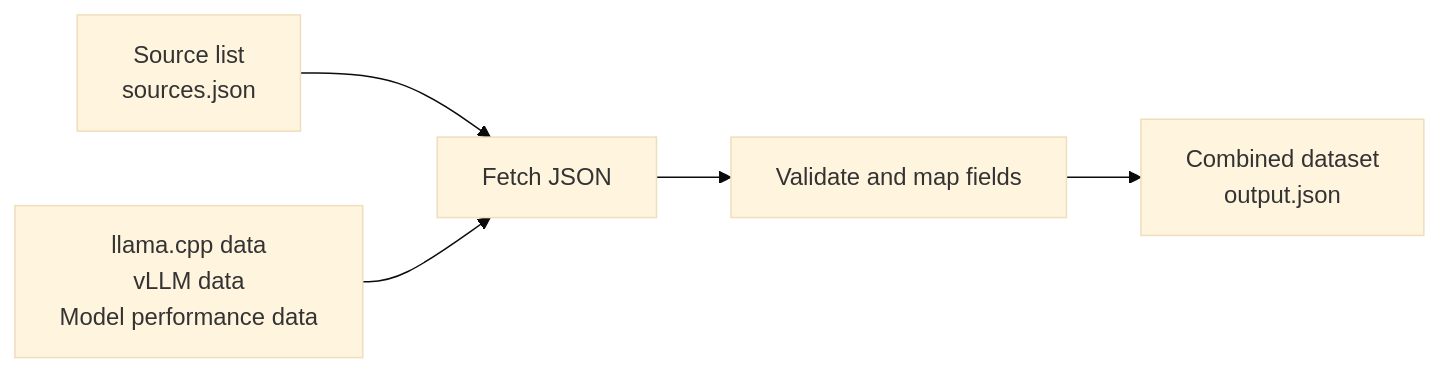
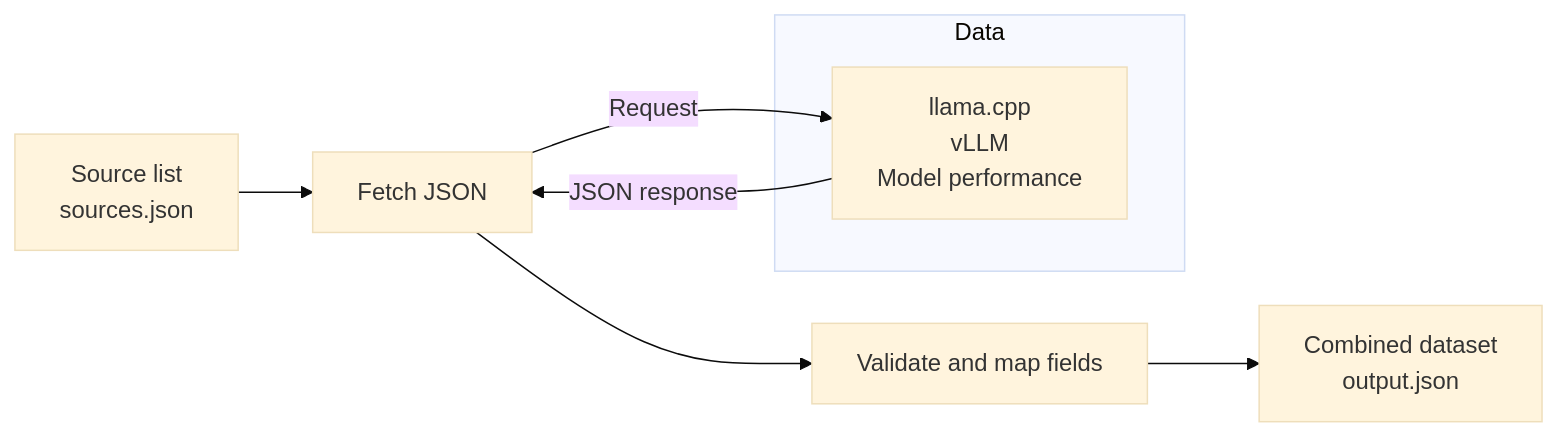
Before and after one commit to lemonade-sdk/rocm-readiness: the first of 2 diagrams in docs/data-flow.md, drawn with Mermaid (base theme). The commit also changed other lines of this file, not shown here.

Commit message:
Show source retrieval as a request and JSON response

````diff
--- a/docs/data-flow.md
+++ b/docs/data-flow.md
@@ -15,7 +15,11 @@
 ```mermaid
 flowchart LR
     Config["Source list<br/>sources.json"] --> Fetch["Fetch JSON"]
-    Data["llama.cpp data<br/>vLLM data<br/>Model performance data"] --> Fetch
+    subgraph Data["Data"]
+        Sources["llama.cpp<br/>vLLM<br/>Model performance"]
+    end
+    Fetch -->|Request| Sources
+    Sources -->|JSON response| Fetch
     Fetch --> Map["Validate and map fields"]
     Map --> Output["Combined dataset<br/>output.json"]
 ```
````
